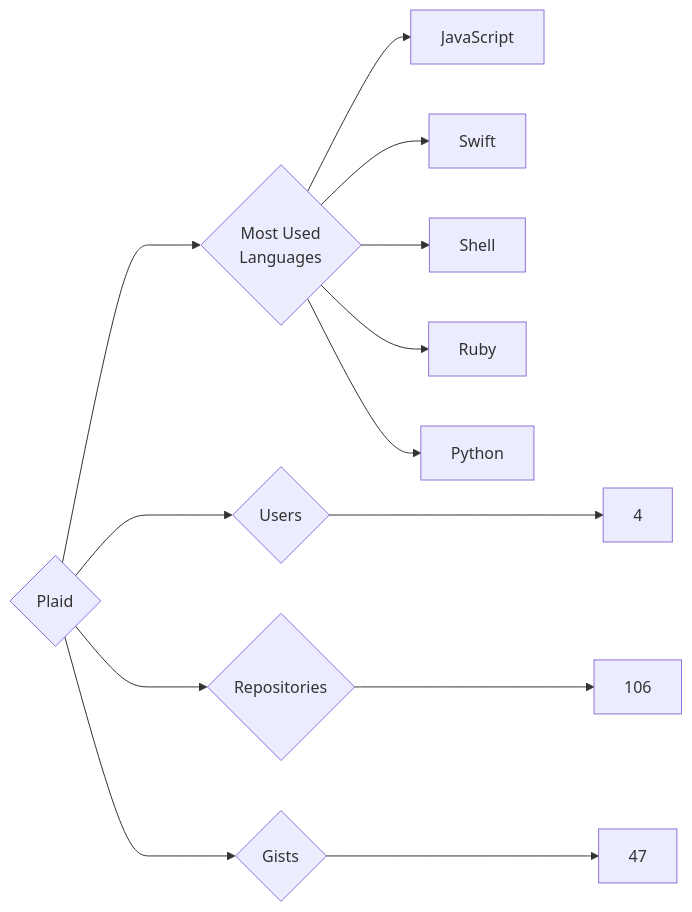
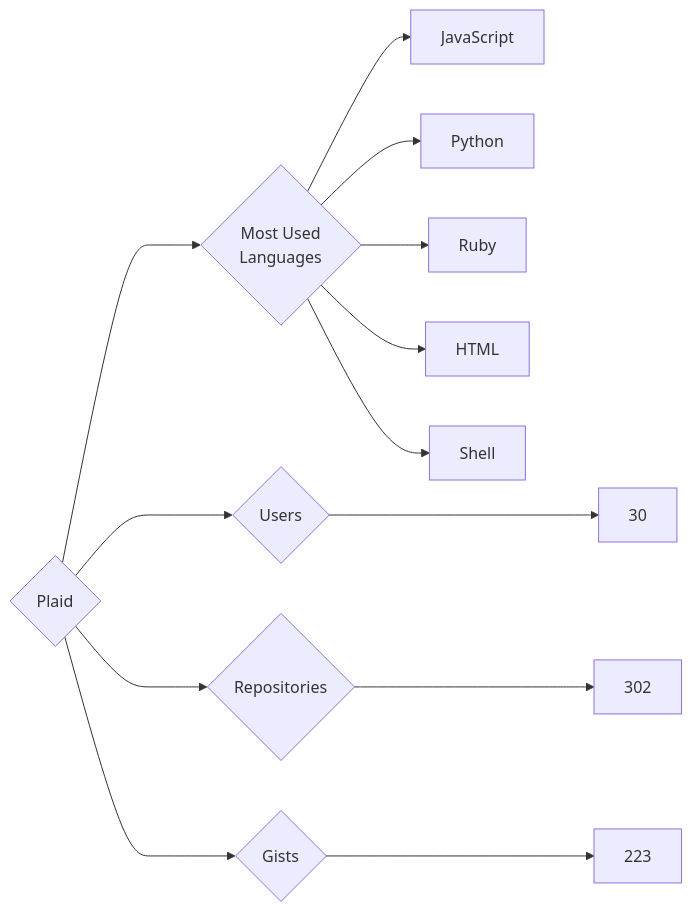
Before and after one commit to trickest/insiders: the diagram in targets/Plaid/README.md, drawn with Mermaid. The commit also changed 806 other files, not shown here.

````diff
--- a/targets/Plaid/README.md
+++ b/targets/Plaid/README.md
@@ -3,13 +3,13 @@
 ```mermaid
 graph LR
 COMPANY_NAME{Plaid}
-COMPANY_NAME ---> U{Users} ---> UN[4]
-COMPANY_NAME ---> R{Repositories} ---> RN[106]
-COMPANY_NAME ---> G{Gists} ---> GN[47]
+COMPANY_NAME ---> U{Users} ---> UN[30]
+COMPANY_NAME ---> R{Repositories} ---> RN[302]
+COMPANY_NAME ---> G{Gists} ---> GN[223]
 COMPANY_NAME ---> ML{Most Used<br>Languages}
 ML --> JavaScript[JavaScript]
-ML --> Swift[Swift]
+ML --> Python[Python]
+ML --> Ruby[Ruby]
+ML --> HTML[HTML]
 ML --> Shell[Shell]
-ML --> Ruby[Ruby]
-ML --> Python[Python]
 ```
````
